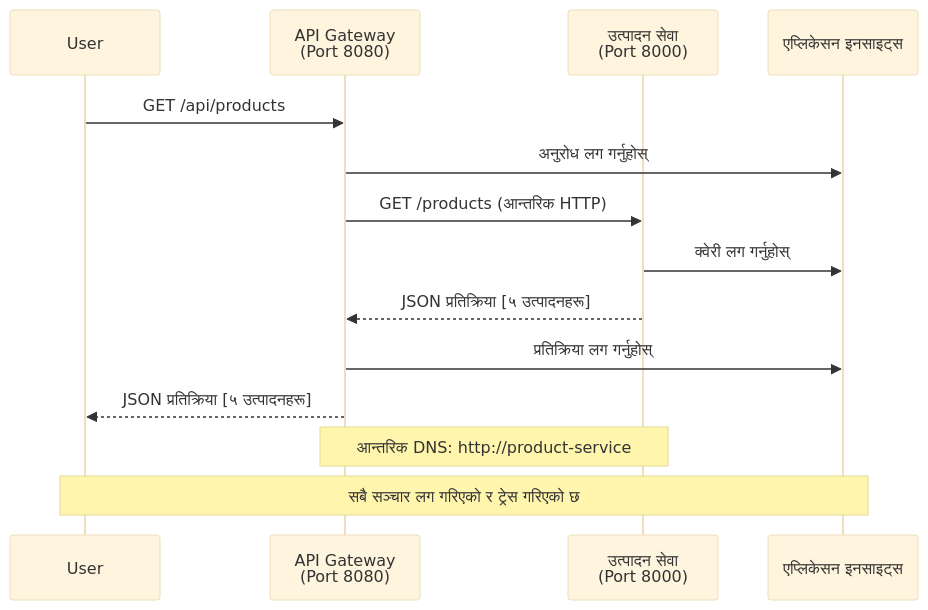
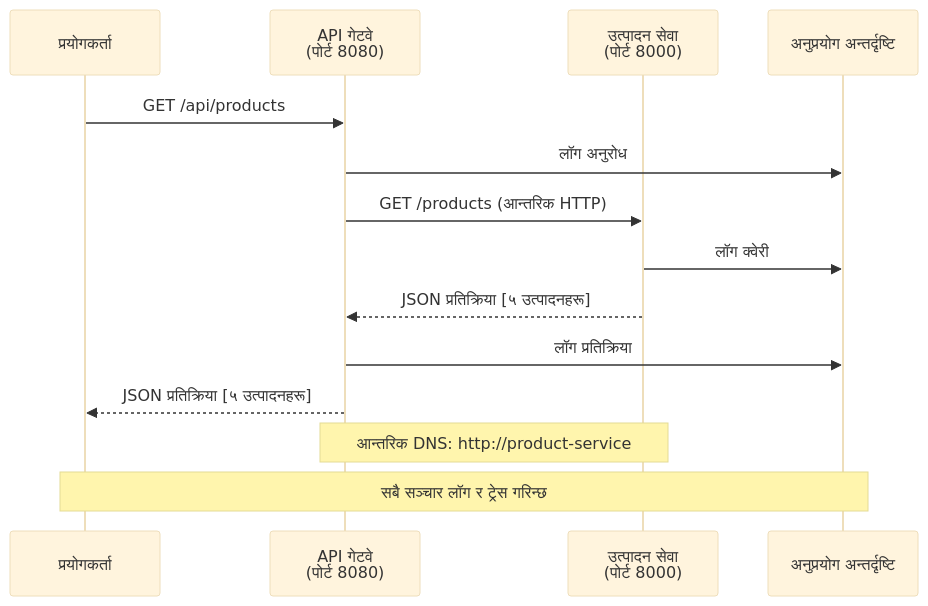
Before and after one commit to microsoft/AZD-for-beginners: the fourth of 4 diagrams in translations/ne/examples/microservices/README.md, drawn with Mermaid (base theme). The commit also changed other lines of this file and 242 other files, not shown here.

````diff
--- a/translations/ne/examples/microservices/README.md
+++ b/translations/ne/examples/microservices/README.md
@@ -432,18 +423,18 @@
 ```mermaid
 sequenceDiagram
-    participant User
-    participant Gateway as API Gateway<br/>(Port 8080)
-    participant Product as उत्पादन सेवा<br/>(Port 8000)
-    participant AI as एप्लिकेसन इनसाइट्स
+    participant User as प्रयोगकर्ता
+    participant Gateway as API गेटवे<br/>(पोर्ट 8080)
+    participant Product as उत्पादन सेवा<br/>(पोर्ट 8000)
+    participant AI as अनुप्रयोग अन्तर्दृष्टि
     
     User->>Gateway: GET /api/products
-    Gateway->>AI: अनुरोध लग गर्नुहोस्
+    Gateway->>AI: लॉग अनुरोध
     Gateway->>Product: GET /products (आन्तरिक HTTP)
-    Product->>AI: क्वेरी लग गर्नुहोस्
+    Product->>AI: लॉग क्वेरी
     Product-->>Gateway: JSON प्रतिक्रिया [५ उत्पादनहरू]
-    Gateway->>AI: प्रतिक्रिया लग गर्नुहोस्
+    Gateway->>AI: लॉग प्रतिक्रिया
     Gateway-->>User: JSON प्रतिक्रिया [५ उत्पादनहरू]
     
     Note over Gateway,Product: आन्तरिक DNS: http://product-service
-    Note over User,AI: सबै सञ्चार लग गरिएको र ट्रेस गरिएको छ
+    Note over User,AI: सबै सञ्चार लॉग र ट्रेस गरिन्छ
 ```
````
